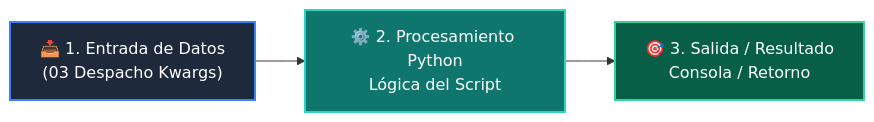
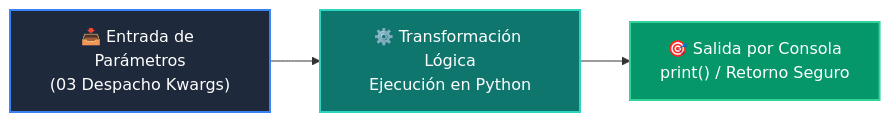
Before and after one commit to wisrovi/wisrovi-python: the diagram in 03-agentes-ia/clase-04-tool-calling-funciones/ejemplos/ejemplo_03_despacho_kwargs/README.md, drawn with Mermaid. The commit also changed other lines of this file and 226 other files, not shown here.

Commit message:
docs: elevate all repository READMEs to world-class mastery standard with rich pedagogical architecture, custom Mermaids, and professional styling

````diff
--- a/03-agentes-ia/clase-04-tool-calling-funciones/ejemplos/ejemplo_03_despacho_kwargs/README.md
+++ b/03-agentes-ia/clase-04-tool-calling-funciones/ejemplos/ejemplo_03_despacho_kwargs/README.md
@@ -12,9 +19,9 @@
 ```mermaid
 flowchart LR
-    A["📥 1. Entrada de Datos<br/>(03 Despacho Kwargs)"] --> B["⚙️ 2. Procesamiento Python<br/>Lógica del Script"]
-    B --> C["🎯 3. Salida / Resultado<br/>Consola / Retorno"]
+    A["📥 Entrada de Parámetros<br/>(03 Despacho Kwargs)"] --> B["⚙️ Transformación Lógica<br/>Ejecución en Python"]
+    B --> C["🎯 Salida por Consola<br/>print() / Retorno Seguro"]
 
-    style A fill:#1e293b,color:#fff,stroke:#3b82f6,stroke-width:2px
-    style B fill:#0f766e,color:#fff,stroke:#2dd4bf,stroke-width:2px
-    style C fill:#065f46,color:#fff,stroke:#34d399,stroke-width:2px
+    style A fill:#1e293b,color:#ffffff,stroke:#3b82f6,stroke-width:2px
+    style B fill:#0f766e,color:#ffffff,stroke:#2dd4bf,stroke-width:2px
+    style C fill:#059669,color:#ffffff,stroke:#34d399,stroke-width:2px
 ```
````
